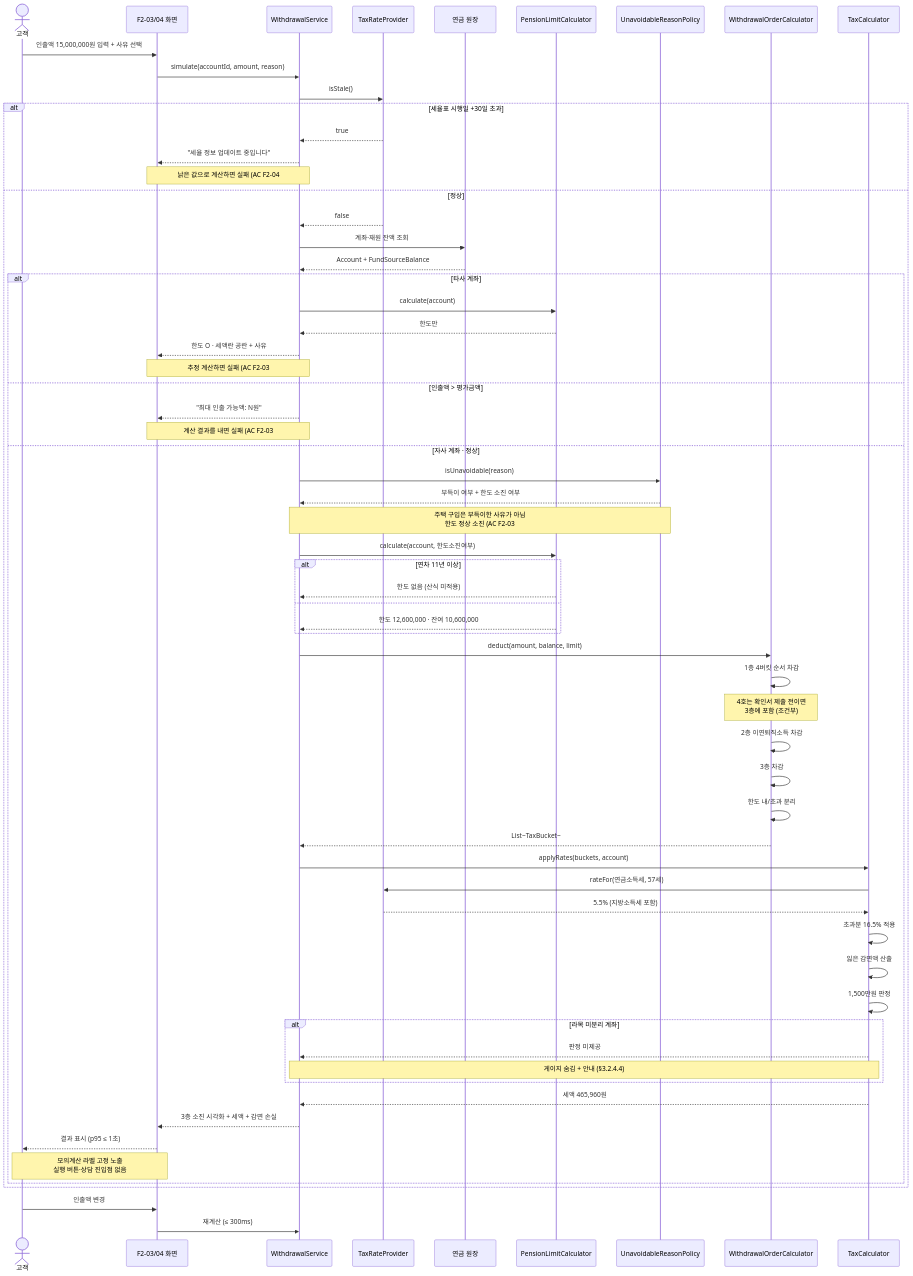
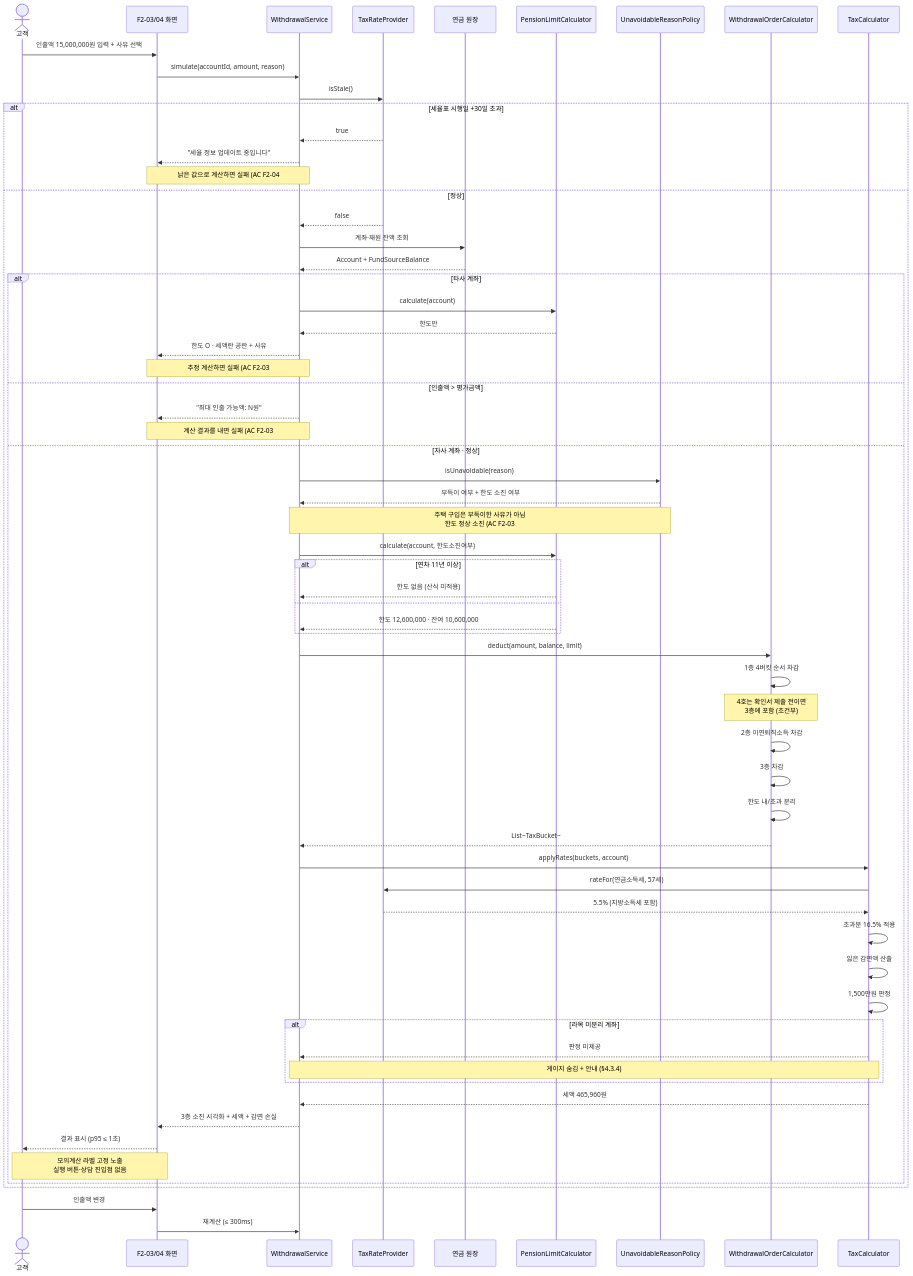
The eighth of 11 diagrams in design/05-sequence-diagram.md (ahalenin12-art/SRS-authoring-project), drawn with Mermaid before and after one commit. The commit also changed other lines of this file and 10 other files, not shown here.

````diff
--- a/design/05-sequence-diagram.md
+++ b/design/05-sequence-diagram.md
@@ -356,75 +356,75 @@
 ```mermaid
 sequenceDiagram
     actor C as 고객
     participant UI as F2-03/04 화면
     participant WS as WithdrawalService
     participant TRP as TaxRateProvider
     participant LD as 연금 원장
     participant PLC as PensionLimitCalculator
     participant URP as UnavoidableReasonPolicy
     participant WOC as WithdrawalOrderCalculator
     participant TC as TaxCalculator
 
     C->>UI: 인출액 15,000,000원 입력 + 사유 선택
     UI->>WS: simulate(accountId, amount, reason)
 
     WS->>TRP: isStale()
     alt 세율표 시행일 +30일 초과
         TRP-->>WS: true
         WS-->>UI: "세율 정보 업데이트 중입니다"
         Note over WS,UI: 낡은 값으로 계산하면 실패 (AC F2-04 #6)
     else 정상
         TRP-->>WS: false
 
         WS->>LD: 계좌·재원 잔액 조회
         LD-->>WS: Account + FundSourceBalance
 
         alt 타사 계좌
             WS->>PLC: calculate(account)
             PLC-->>WS: 한도만
             WS-->>UI: 한도 O · 세액란 공란 + 사유
             Note over WS,UI: 추정 계산하면 실패 (AC F2-03 #5)
         else 인출액 > 평가금액
             WS-->>UI: "최대 인출 가능액: N원"
             Note over WS,UI: 계산 결과를 내면 실패 (AC F2-03 #4)
         else 자사 계좌 · 정상
             WS->>URP: isUnavoidable(reason)
             URP-->>WS: 부득이 여부 + 한도 소진 여부
             Note over URP,WS: 주택 구입은 부득이한 사유가 아님<br/>한도 정상 소진 (AC F2-03 #2)
 
             WS->>PLC: calculate(account, 한도소진여부)
             alt 연차 11년 이상
                 PLC-->>WS: 한도 없음 (산식 미적용)
             else
                 PLC-->>WS: 한도 12,600,000 · 잔여 10,600,000
             end
 
             WS->>WOC: deduct(amount, balance, limit)
             WOC->>WOC: 1층 4버킷 순서 차감
             Note over WOC: 4호는 확인서 제출 전이면<br/>3층에 포함 (조건부)
             WOC->>WOC: 2층 이연퇴직소득 차감
             WOC->>WOC: 3층 차감
             WOC->>WOC: 한도 내/초과 분리
             WOC-->>WS: List~TaxBucket~
 
             WS->>TC: applyRates(buckets, account)
             TC->>TRP: rateFor(연금소득세, 57세)
             TRP-->>TC: 5.5% (지방소득세 포함)
             TC->>TC: 초과분 16.5% 적용
             TC->>TC: 잃은 감면액 산출
             TC->>TC: 1,500만원 판정
             alt 라목 미분리 계좌
                 TC-->>WS: 판정 미제공
-                Note over TC,WS: 게이지 숨김 + 안내 (§3.2.4.4)
+                Note over TC,WS: 게이지 숨김 + 안내 (§4.3.4)
             end
             TC-->>WS: 세액 465,960원
 
             WS-->>UI: 3층 소진 시각화 + 세액 + 감면 손실
             UI-->>C: 결과 표시 (p95 ≤ 1초)
             Note over UI,C: 모의계산 라벨 고정 노출<br/>실행 버튼·상담 진입점 없음
         end
     end
 
     C->>UI: 인출액 변경
     UI->>WS: 재계산 (≤ 300ms)
 ```
````
